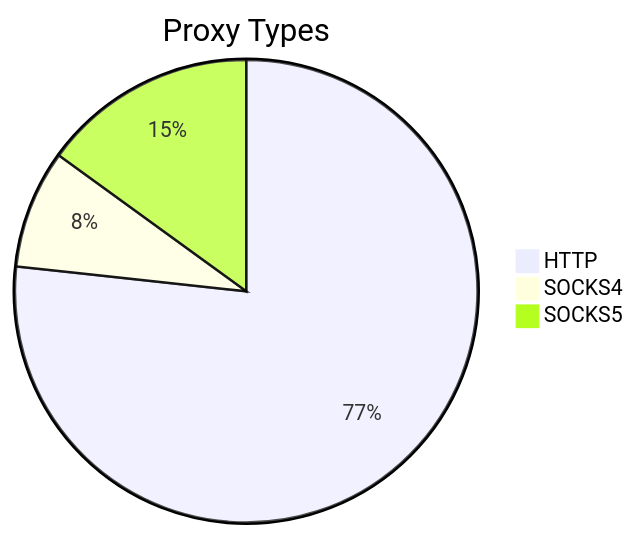
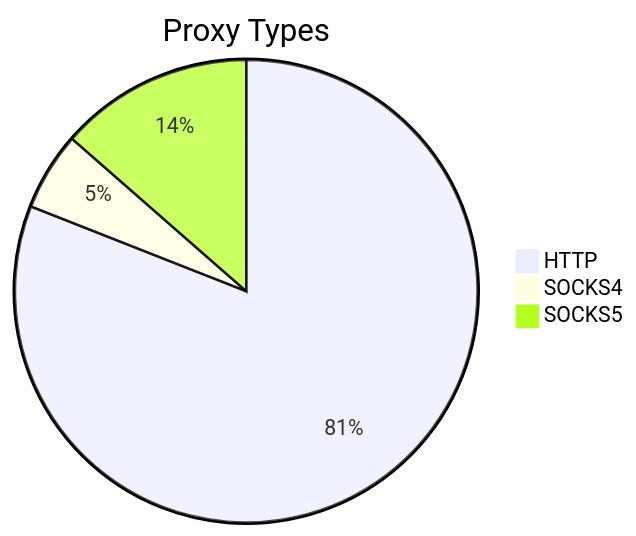
The first of 2 diagrams in README.md (stormsia/proxy-list), drawn with Mermaid before and after one commit. The commit also changed other lines of this file, not shown here.

````diff
--- a/README.md
+++ b/README.md
@@ -21,6 +21,6 @@
 ```mermaid
 pie title Proxy Types
-    "HTTP" : 649
-    "SOCKS4" : 70
-    "SOCKS5" : 127
+    "HTTP" : 651
+    "SOCKS4" : 44
+    "SOCKS5" : 109
 ```
````
